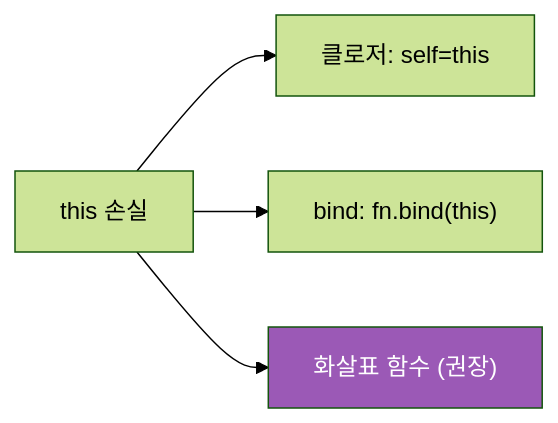
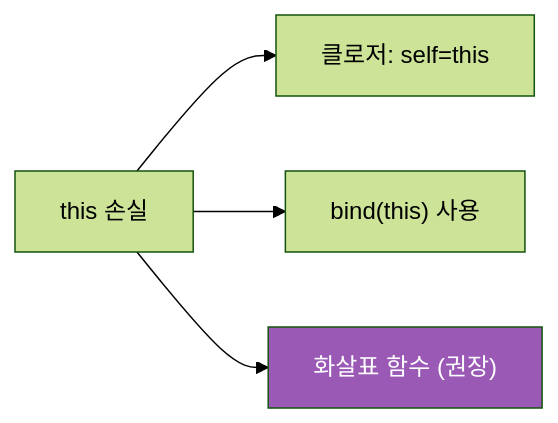
Before and after one commit to yjkim2015/yjkim2015.github.io: the sixth of 7 diagrams in _posts/frontend/2026-05-02-js-this-binding.md, drawn with Mermaid (forest theme). The commit also changed other lines of this file and 245 other files, not shown here.

First line of the commit message:
Mermaid 다이어그램 전면 수정 + 면접 포인트 접기/펼치기 + DB 데드락 페이지

````diff
--- a/_posts/frontend/2026-05-02-js-this-binding.md
+++ b/_posts/frontend/2026-05-02-js-this-binding.md
@@ -461,7 +461,7 @@
 ```mermaid
 graph LR
     PROBLEM["this 손실"] --> P1["클로저: self=this"]
-    PROBLEM --> P2["bind: fn.bind(this)"]
+    PROBLEM --> P2["bind(this) 사용"]
     PROBLEM --> P3["화살표 함수 (권장)"]
     style P3 fill:#9b59b6,color:#fff
 ```
````
